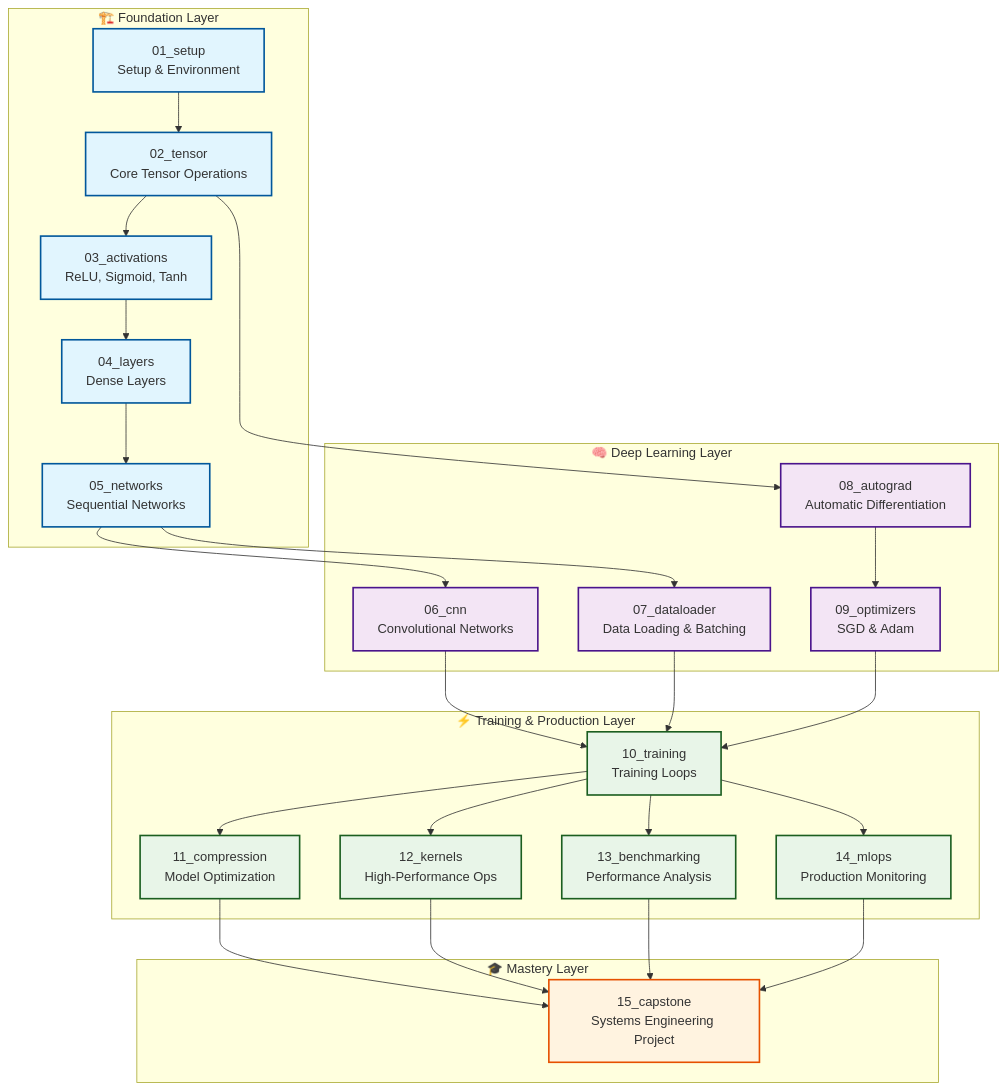
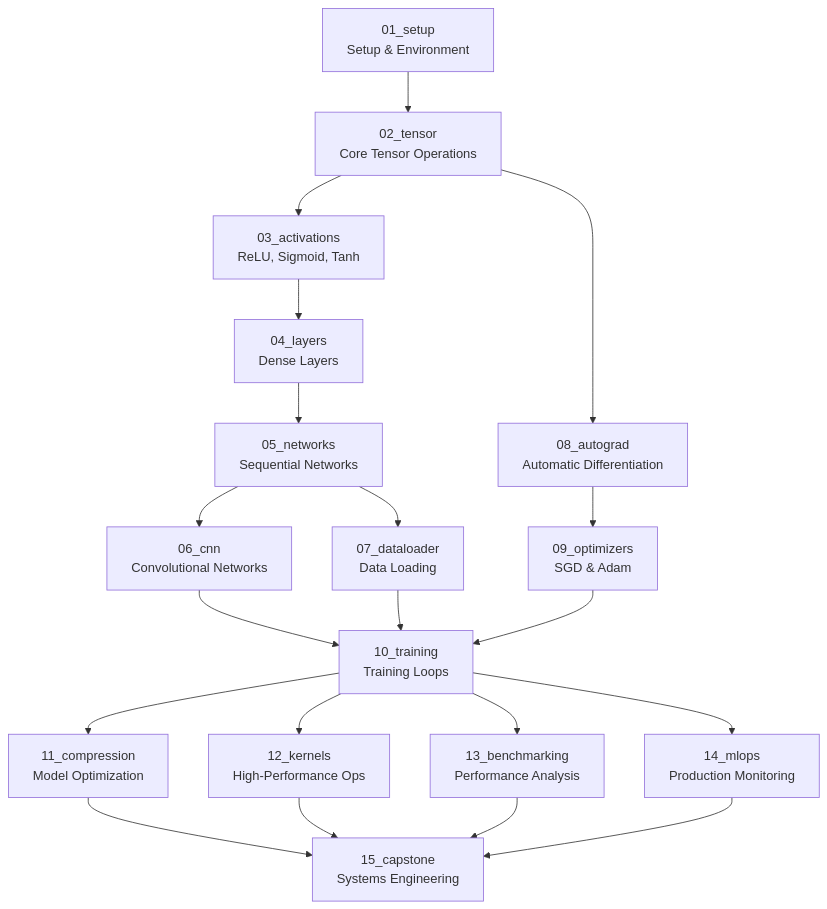
One commit to MLSysBook/TinyTorch changed the diagram in README.md. Above: the diagram before and after it, drawn with Mermaid. The commit also changed other lines of this file, not shown here.

Commit message:
Simplify system integration diagram
- Remove overwhelming visual styling and colored subgraphs
- Keep clear flow arrows showing module dependencies
- Cleaner, less intimidating presentation
- Maintains waterfall concept without visual complexity

````diff
--- a/README.md
+++ b/README.md
@@ -189,43 +189,26 @@
 ```mermaid
 flowchart TD
-    subgraph "🏗️ Foundation Layer"
-        A[01_setup<br/>Setup & Environment] --> B[02_tensor<br/>Core Tensor Operations]
-        B --> C[03_activations<br/>ReLU, Sigmoid, Tanh]
-        C --> D[04_layers<br/>Dense Layers]
-        D --> E[05_networks<br/>Sequential Networks]
-    end
+    A[01_setup<br/>Setup & Environment] --> B[02_tensor<br/>Core Tensor Operations]
+    B --> C[03_activations<br/>ReLU, Sigmoid, Tanh]
+    C --> D[04_layers<br/>Dense Layers]
+    D --> E[05_networks<br/>Sequential Networks]
     
-    subgraph "🧠 Deep Learning Layer"
-        E --> F[06_cnn<br/>Convolutional Networks]
-        E --> G[07_dataloader<br/>Data Loading & Batching]
-        B --> H[08_autograd<br/>Automatic Differentiation]
-        H --> I[09_optimizers<br/>SGD & Adam]
-    end
+    E --> F[06_cnn<br/>Convolutional Networks]
+    E --> G[07_dataloader<br/>Data Loading]
+    B --> H[08_autograd<br/>Automatic Differentiation]
+    H --> I[09_optimizers<br/>SGD & Adam]
     
-    subgraph "⚡ Training & Production Layer"
-        F --> J[10_training<br/>Training Loops]
-        G --> J
-        I --> J
-        J --> K[11_compression<br/>Model Optimization]
-        J --> L[12_kernels<br/>High-Performance Ops]
-        J --> M[13_benchmarking<br/>Performance Analysis]
-        J --> N[14_mlops<br/>Production Monitoring]
-    end
+    F --> J[10_training<br/>Training Loops]
+    G --> J
+    I --> J
     
-    subgraph "🎓 Mastery Layer"
-        K --> O[15_capstone<br/>Systems Engineering Project]
-        L --> O
-        M --> O
-        N --> O
-    end
+    J --> K[11_compression<br/>Model Optimization]
+    J --> L[12_kernels<br/>High-Performance Ops]
+    J --> M[13_benchmarking<br/>Performance Analysis]
+    J --> N[14_mlops<br/>Production Monitoring]
     
-    classDef foundationStyle fill:#e1f5fe,stroke:#01579b,stroke-width:2px
-    classDef deepLearningStyle fill:#f3e5f5,stroke:#4a148c,stroke-width:2px
-    classDef productionStyle fill:#e8f5e8,stroke:#1b5e20,stroke-width:2px
-    classDef capstoneStyle fill:#fff3e0,stroke:#e65100,stroke-width:2px
-    
-    class A,B,C,D,E foundationStyle
-    class F,G,H,I deepLearningStyle
-    class J,K,L,M,N productionStyle
-    class O capstoneStyle
+    K --> O[15_capstone<br/>Systems Engineering]
+    L --> O
+    M --> O
+    N --> O
 ```
````
